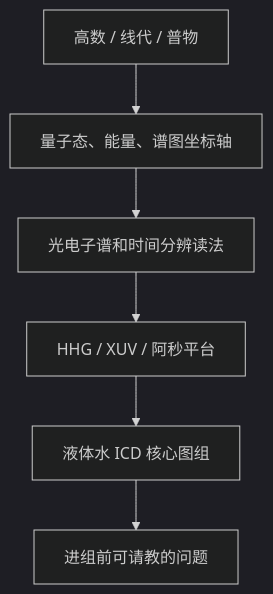
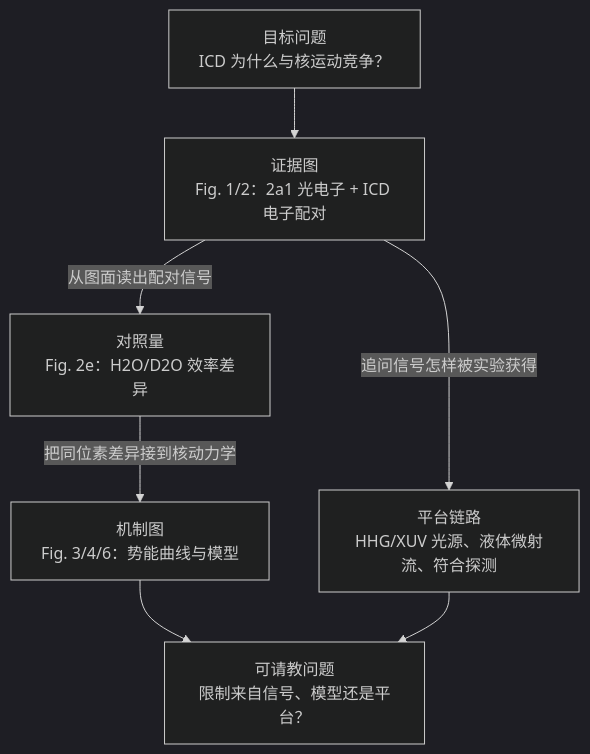
One commit to DXY-IOP-CAS/advisor-research-navigator changed the diagram in output/中国科学院大学/中科院物理研究所/超快物质科学中心/张鹏举/04_学习向导.md. Above: the diagram before and after it, drawn with Mermaid (dark theme). The commit also changed other lines of this file and 28 other files, not shown here.

````diff
--- a/output/中国科学院大学/中科院物理研究所/超快物质科学中心/张鹏举/04_学习向导.md
+++ b/output/中国科学院大学/中科院物理研究所/超快物质科学中心/张鹏举/04_学习向导.md
@@ -50,10 +91,16 @@
 ```mermaid
-flowchart TD
-  A["高数 / 线代 / 普物"]
-  B["量子态、能量、谱图坐标轴"]
-  C["光电子谱和时间分辨读法"]
-  D["HHG / XUV / 阿秒平台"]
-  E["液体水 ICD 核心图组"]
-  F["进组前可请教的问题"]
-  A --> B --> C --> D --> E --> F
+flowchart TB
+  Q["目标问题<br/>ICD 为什么与核运动竞争？"]
+  A["证据图<br/>Fig. 1/2：2a1 光电子 + ICD 电子配对"]
+  B["对照量<br/>Fig. 2e：H2O/D2O 效率差异"]
+  C["机制图<br/>Fig. 3/4/6：势能曲线与模型"]
+  D["平台链路<br/>HHG/XUV 光源、液体微射流、符合探测"]
+  E["可请教问题<br/>限制来自信号、模型还是平台？"]
+
+  Q --> A
+  A -- "从图面读出配对信号" --> B
+  B -- "把同位素差异接到核动力学" --> C
+  A -- "追问信号怎样被实验获得" --> D
+  C --> E
+  D --> E
 ```
````
